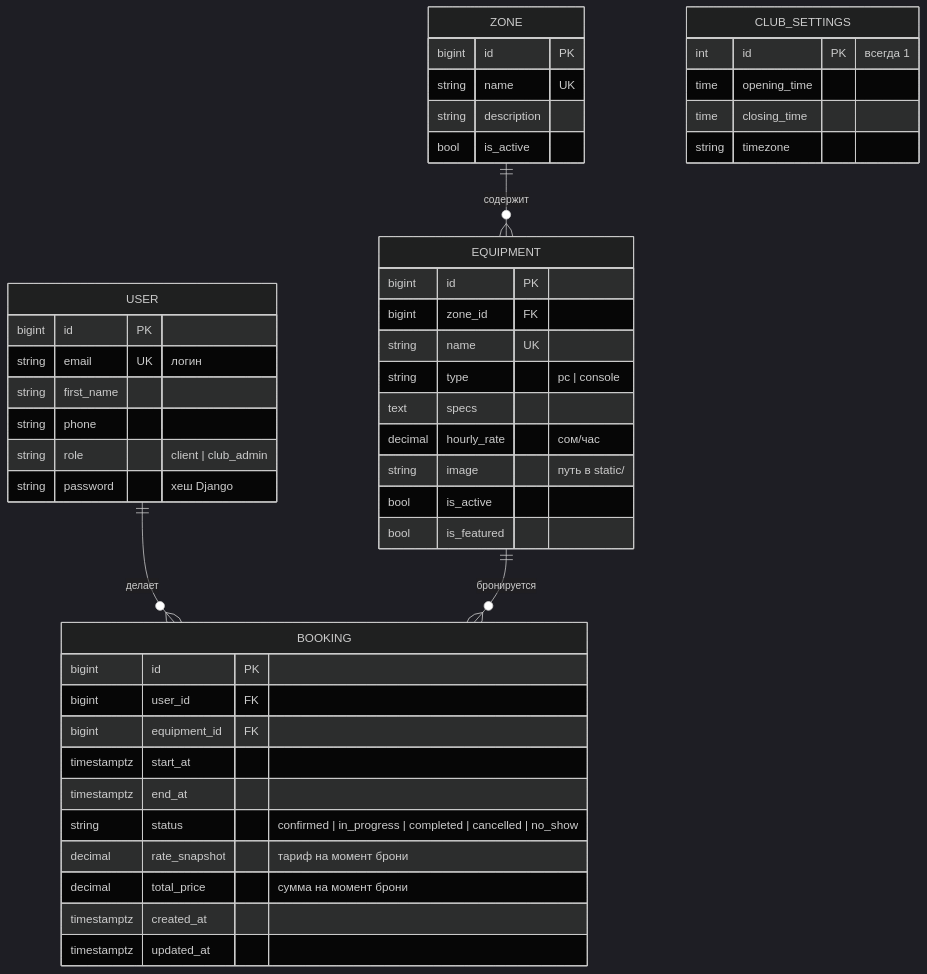
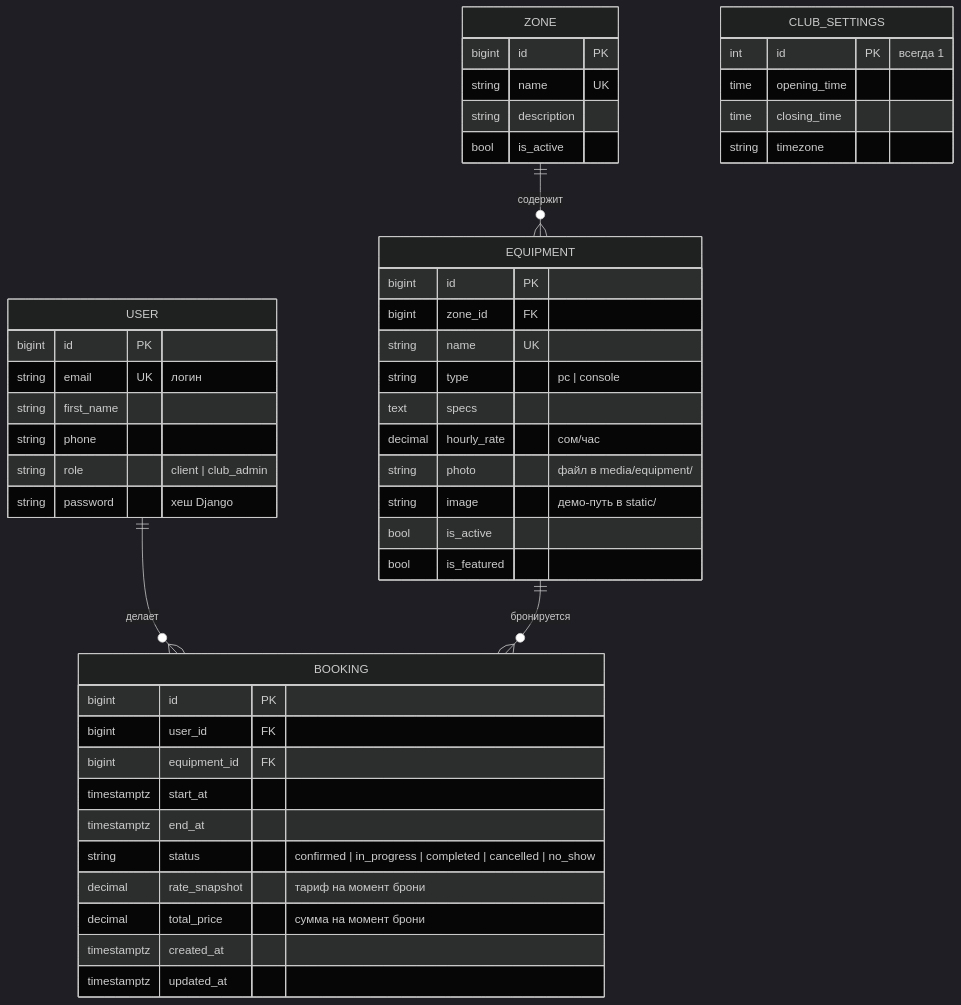
The diagram in docs/ER.md (bekzat-slr-amg/GameTime), drawn with Mermaid (dark theme) before and after one commit. The commit also changed 10 other files, not shown here.

Commit message:
feat: add equipment photo upload with validation

````diff
--- a/docs/ER.md
+++ b/docs/ER.md
@@ -3,50 +3,51 @@
 ```mermaid
 erDiagram
     USER ||--o{ BOOKING : "делает"
     ZONE ||--o{ EQUIPMENT : "содержит"
     EQUIPMENT ||--o{ BOOKING : "бронируется"
 
     USER {
         bigint id PK
         string email UK "логин"
         string first_name
         string phone
         string role "client | club_admin"
         string password "хеш Django"
     }
     ZONE {
         bigint id PK
         string name UK
         string description
         bool is_active
     }
     EQUIPMENT {
         bigint id PK
         bigint zone_id FK
         string name UK
         string type "pc | console"
         text specs
         decimal hourly_rate "сом/час"
-        string image "путь в static/"
+        string photo "файл в media/equipment/"
+        string image "демо-путь в static/"
         bool is_active
         bool is_featured
     }
     BOOKING {
         bigint id PK
         bigint user_id FK
         bigint equipment_id FK
         timestamptz start_at
         timestamptz end_at
         string status "confirmed | in_progress | completed | cancelled | no_show"
         decimal rate_snapshot "тариф на момент брони"
         decimal total_price "сумма на момент брони"
         timestamptz created_at
         timestamptz updated_at
     }
     CLUB_SETTINGS {
         int id PK "всегда 1"
         time opening_time
         time closing_time
         string timezone
     }
 ```
````
